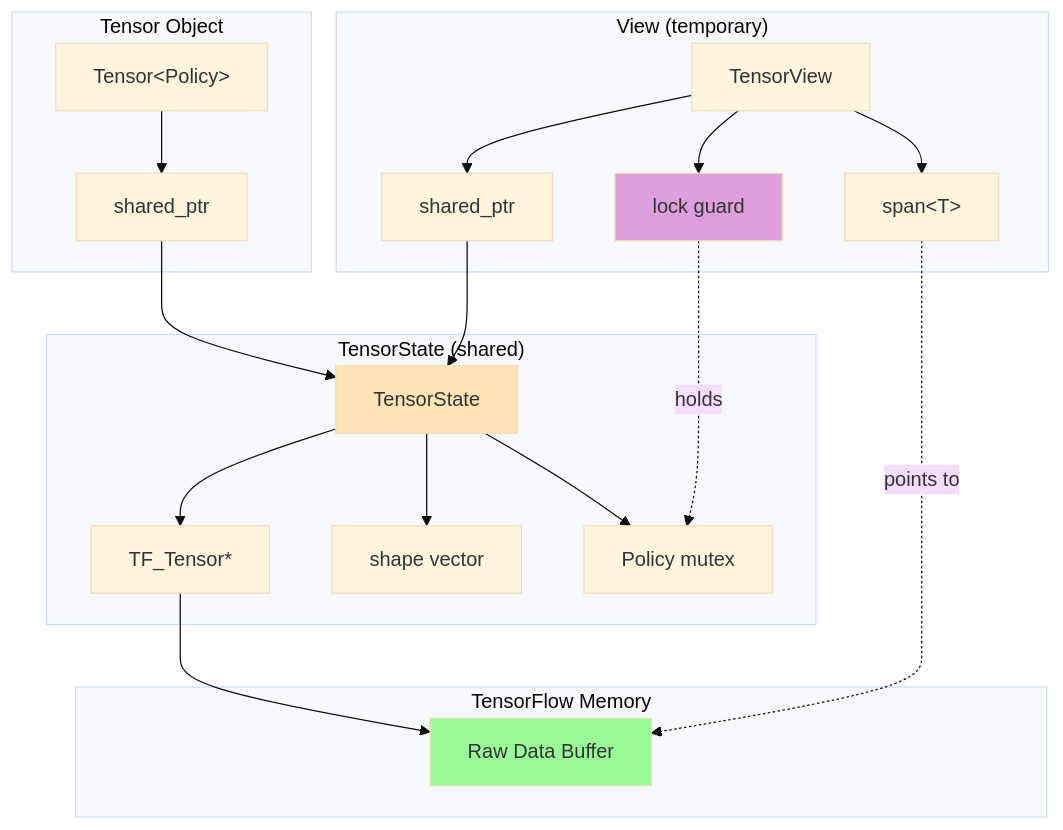
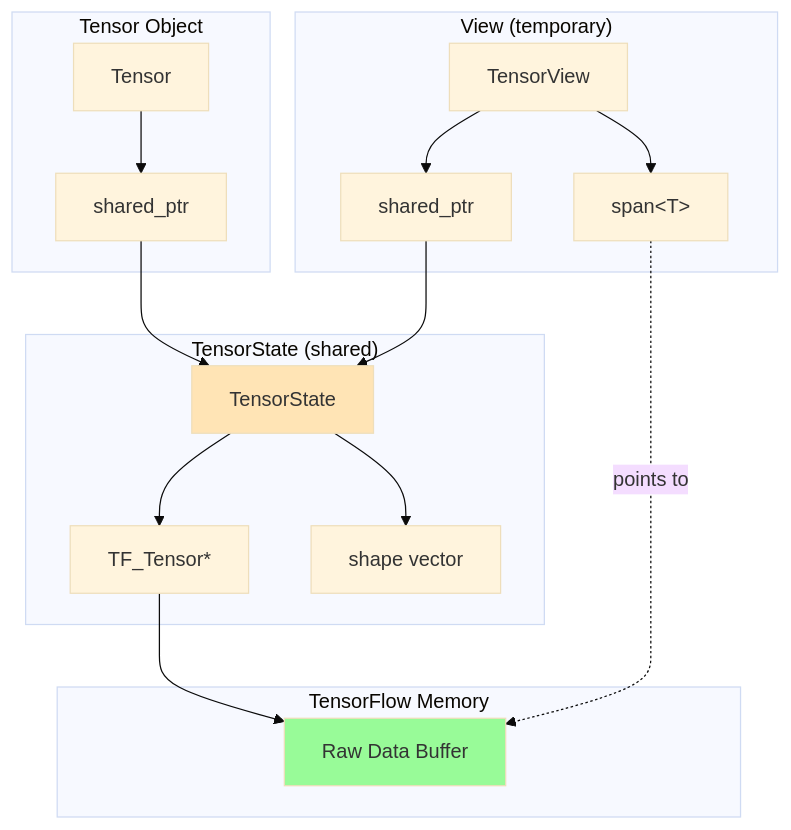
One commit to schroedermatthew/TensorFlowWrap changed the first of 4 diagrams in docs/User Manual - TensorFlow C++20 Wrapper.md. Above: the diagram before and after it, drawn with Mermaid (base theme). The commit also changed other lines of this file and 18 other files, not shown here.

````diff
--- a/docs/User Manual - TensorFlow C++20 Wrapper.md
+++ b/docs/User Manual - TensorFlow C++20 Wrapper.md
@@ -151,43 +126,37 @@
 ```mermaid
 graph TB
     subgraph "Tensor Object"
-        T[Tensor&lt;Policy&gt;]
+        T[Tensor]
         SP1[shared_ptr]
     end
     
     subgraph "TensorState (shared)"
         TS[TensorState]
         TF[TF_Tensor*]
         SH[shape vector]
-        MX[Policy mutex]
     end
     
     subgraph "View (temporary)"
         V[TensorView]
         SP2[shared_ptr]
-        LK[lock guard]
         SPN[span&lt;T&gt;]
     end
     
     subgraph "TensorFlow Memory"
         DATA[Raw Data Buffer]
     end
     
     T --> SP1
     SP1 --> TS
     TS --> TF
     TS --> SH
-    TS --> MX
     TF --> DATA
     
     V --> SP2
     SP2 --> TS
-    V --> LK
-    LK -.->|holds| MX
     V --> SPN
     SPN -.->|points to| DATA
     
     style TS fill:#FFE4B5
     style DATA fill:#98FB98
-    style LK fill:#DDA0DD
 ```
````
